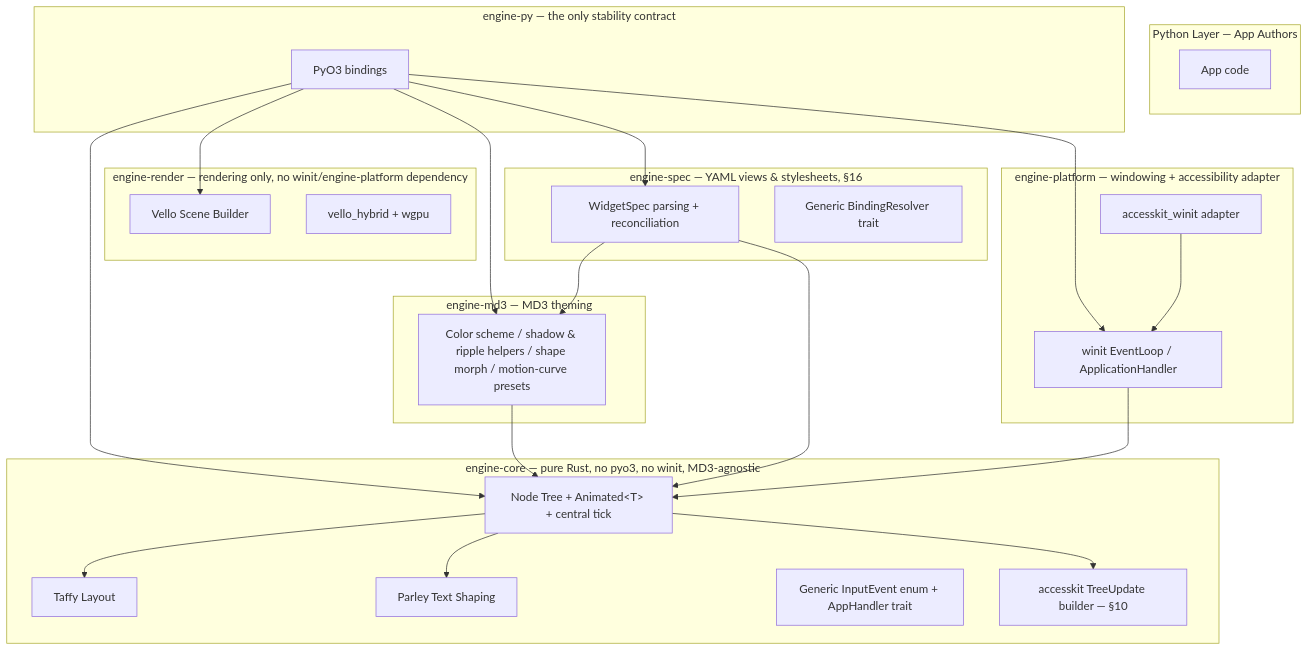
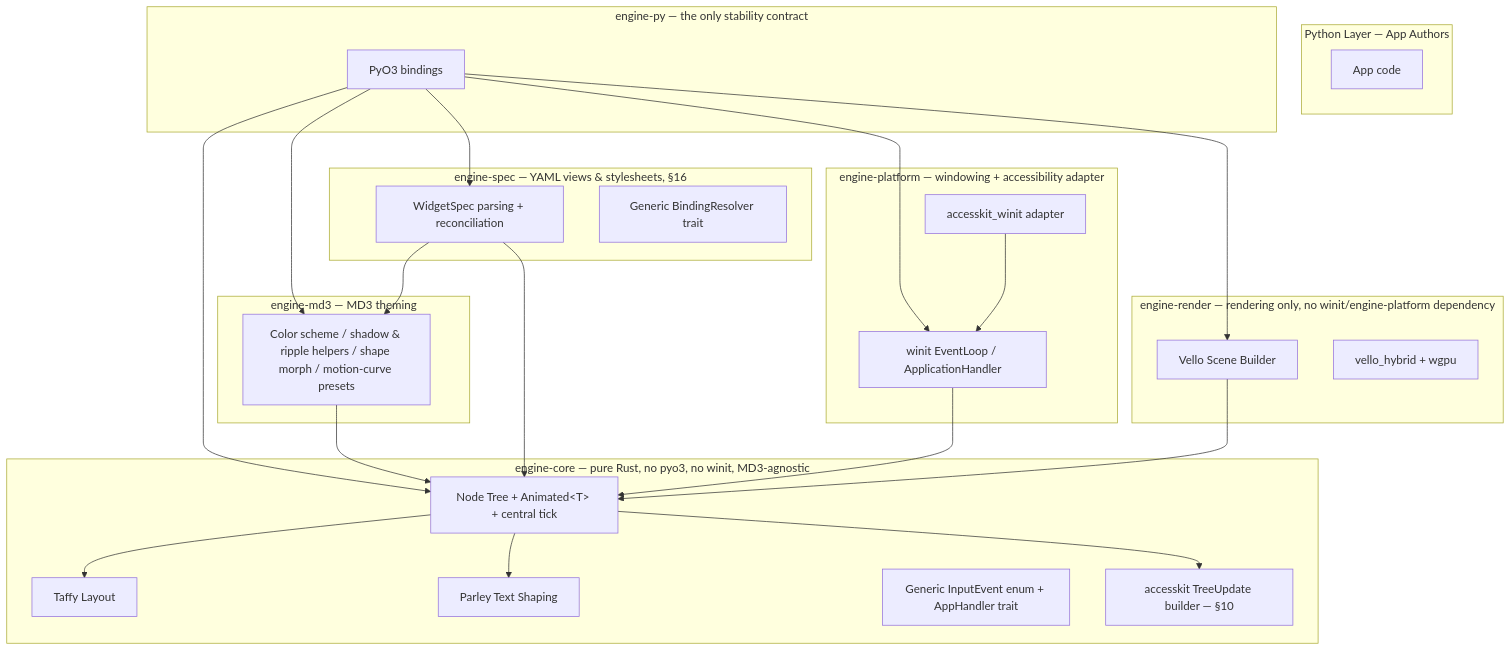
Before and after one commit to mindderivative/tre: the first of 2 diagrams in ARCHITECTURE.md, drawn with Mermaid. The commit also changed other lines of this file and 18 other files, not shown here.

````diff
--- a/ARCHITECTURE.md
+++ b/ARCHITECTURE.md
@@ -117,44 +117,45 @@
 ```mermaid
 graph TD
     subgraph Python["Python Layer — App Authors"]
         A[App code]
     end
     subgraph FFI["engine-py — the only stability contract"]
         C[PyO3 bindings]
     end
     subgraph Core["engine-core — pure Rust, no pyo3, no winit, MD3-agnostic"]
         D[Node Tree + Animated&lt;T&gt; + central tick]
         E[Taffy Layout]
         F[Parley Text Shaping]
         N[Generic InputEvent enum + AppHandler trait]
         O[accesskit TreeUpdate builder — §10]
     end
     subgraph MD3["engine-md3 — MD3 theming"]
         G[Color scheme / shadow &amp; ripple helpers / shape morph / motion-curve presets]
     end
     subgraph Spec["engine-spec — YAML views &amp; stylesheets, §16"]
         M[WidgetSpec parsing + reconciliation]
         P[Generic BindingResolver trait]
     end
     subgraph Render["engine-render — rendering only, no winit/engine-platform dependency"]
         H[Vello Scene Builder]
         I[vello_hybrid + wgpu]
     end
     subgraph Platform["engine-platform — windowing + accessibility adapter"]
         K[winit EventLoop / ApplicationHandler]
         L[accesskit_winit adapter]
     end
     C --> D
     C --> G
     C --> H
     C --> K
     C --> M
     G --> D
     M --> D
     M --> G
     K --> D
     L --> K
     D --> E
     D --> F
     D --> O
+    H --> D
 ```
````
